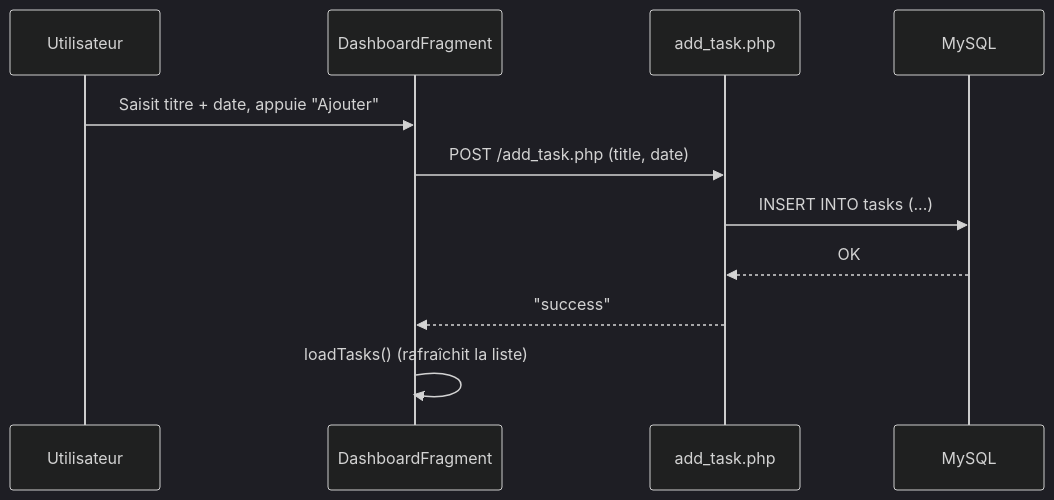
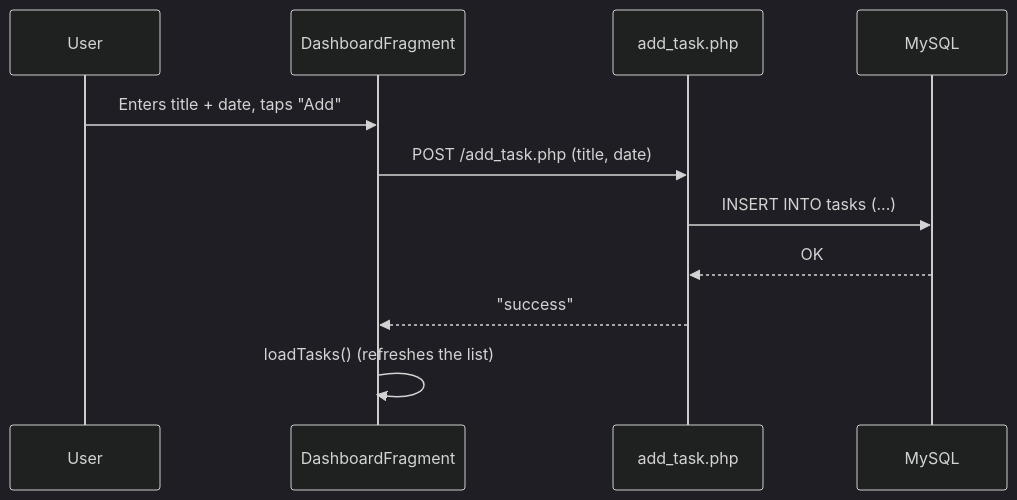
Before and after one commit to AjmiOns/todolist-android-app: the second of 2 diagrams in README.md, drawn with Mermaid (dark theme). The commit also changed other lines of this file, not shown here.

````diff
--- a/README.md
+++ b/README.md
@@ -90,14 +91,14 @@
 ```mermaid
 sequenceDiagram
-    participant U as Utilisateur
+    participant U as User
     participant A as DashboardFragment
     participant API as add_task.php
     participant DB as MySQL
 
-    U->>A: Saisit titre + date, appuie "Ajouter"
+    U->>A: Enters title + date, taps "Add"
     A->>API: POST /add_task.php (title, date)
     API->>DB: INSERT INTO tasks (...)
     DB-->>API: OK
     API-->>A: "success"
-    A->>A: loadTasks() (rafraîchit la liste)
+    A->>A: loadTasks() (refreshes the list)
 ```
````
